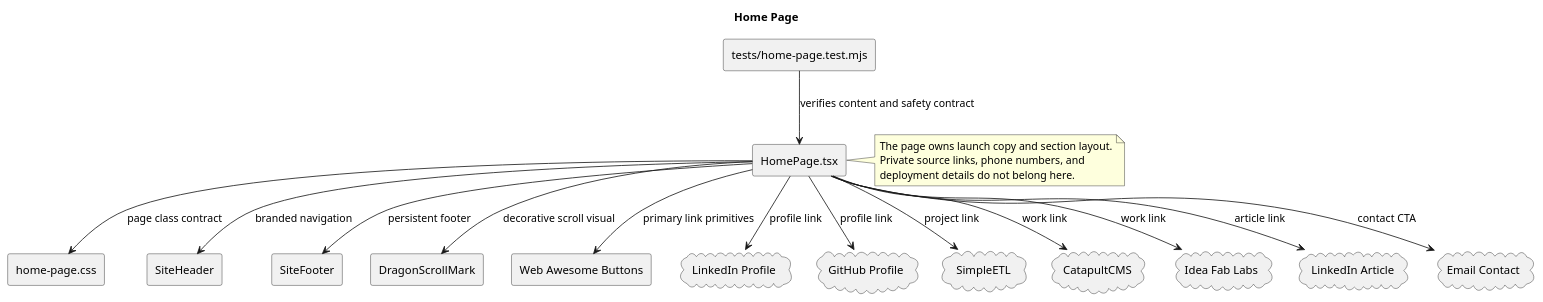
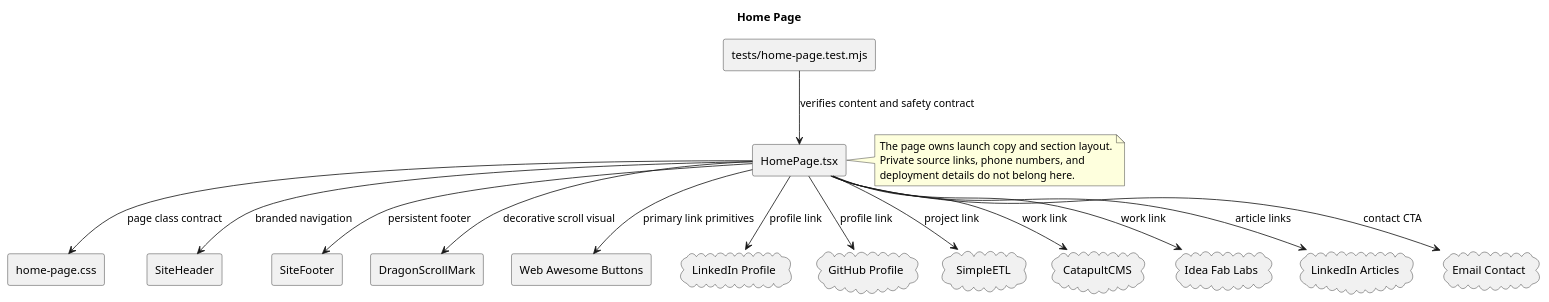
Before and after one commit to bonecutter-hierophant/Bonecutters: the diagram in client/src/pages/home/home-page.puml, drawn with PlantUML. The commit also changed 4 other files, not shown here.

Commit message:
Add second LinkedIn article

```diff
--- a/client/src/pages/home/home-page.puml
+++ b/client/src/pages/home/home-page.puml
@@ -1,40 +1,40 @@
 @startuml
 title Home Page
 skinparam componentStyle rectangle
 
 component "HomePage.tsx" as HomePage
 component "home-page.css" as Styles
 component "tests/home-page.test.mjs" as Tests
 component "SiteHeader" as SiteHeader
 component "SiteFooter" as SiteFooter
 component "DragonScrollMark" as DragonScrollMark
 component "Web Awesome Buttons" as WebAwesomeButtons
 cloud "LinkedIn Profile" as LinkedIn
 cloud "GitHub Profile" as GitHub
 cloud "SimpleETL" as SimpleETL
 cloud "CatapultCMS" as CatapultCMS
 cloud "Idea Fab Labs" as IdeaFabLabs
-cloud "LinkedIn Article" as Writing
+cloud "LinkedIn Articles" as Writing
 cloud "Email Contact" as Email
 
 HomePage --> Styles : page class contract
 HomePage --> SiteHeader : branded navigation
 HomePage --> DragonScrollMark : decorative scroll visual
 HomePage --> SiteFooter : persistent footer
 HomePage --> WebAwesomeButtons : primary link primitives
 HomePage --> LinkedIn : profile link
 HomePage --> GitHub : profile link
 HomePage --> SimpleETL : project link
 HomePage --> CatapultCMS : work link
 HomePage --> IdeaFabLabs : work link
-HomePage --> Writing : article link
+HomePage --> Writing : article links
 HomePage --> Email : contact CTA
 Tests --> HomePage : verifies content and safety contract
 
 note right of HomePage
 The page owns launch copy and section layout.
 Private source links, phone numbers, and
 deployment details do not belong here.
 end note
 
 @enduml
```
